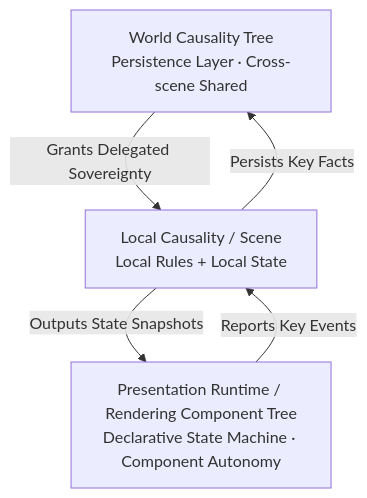
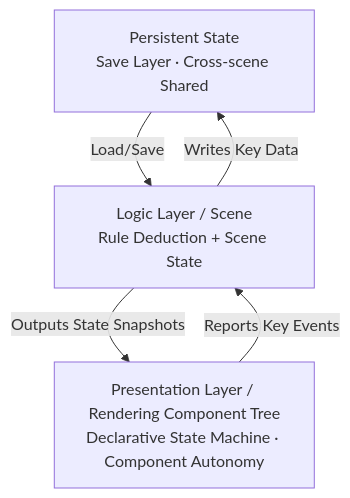
The diagram in README.md (shixiangxi0/Cobweb), drawn with Mermaid before and after one commit. The commit also changed other lines of this file and 7 other files, not shown here.

````diff
--- a/README.md
+++ b/README.md
@@ -104,8 +104,8 @@
 ```mermaid
 graph TD
-    A[World Causality Tree<br/>Persistence Layer · Cross-scene Shared]
-    A -->|Grants Delegated Sovereignty| B[Local Causality / Scene<br/>Local Rules + Local State]
-    B -->|Persists Key Facts| A
-    B -->|Outputs State Snapshots| C[Presentation Runtime / Rendering Component Tree<br/>Declarative State Machine · Component Autonomy]
+    A[Persistent State<br/>Save Layer · Cross-scene Shared]
+    A -->|Load/Save| B[Logic Layer / Scene<br/>Rule Deduction + Scene State]
+    B -->|Writes Key Data| A
+    B -->|Outputs State Snapshots| C[Presentation Layer / Rendering Component Tree<br/>Declarative State Machine · Component Autonomy]
     C -->|Reports Key Events| B
 ```
````
